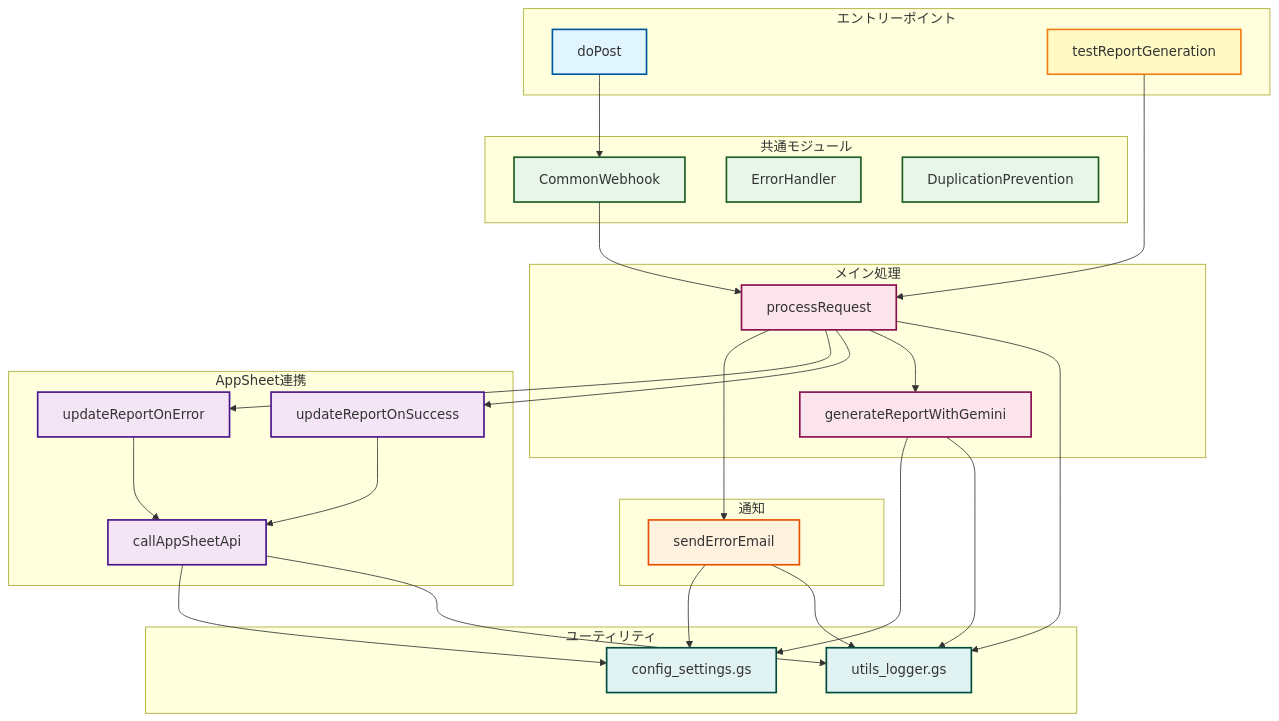
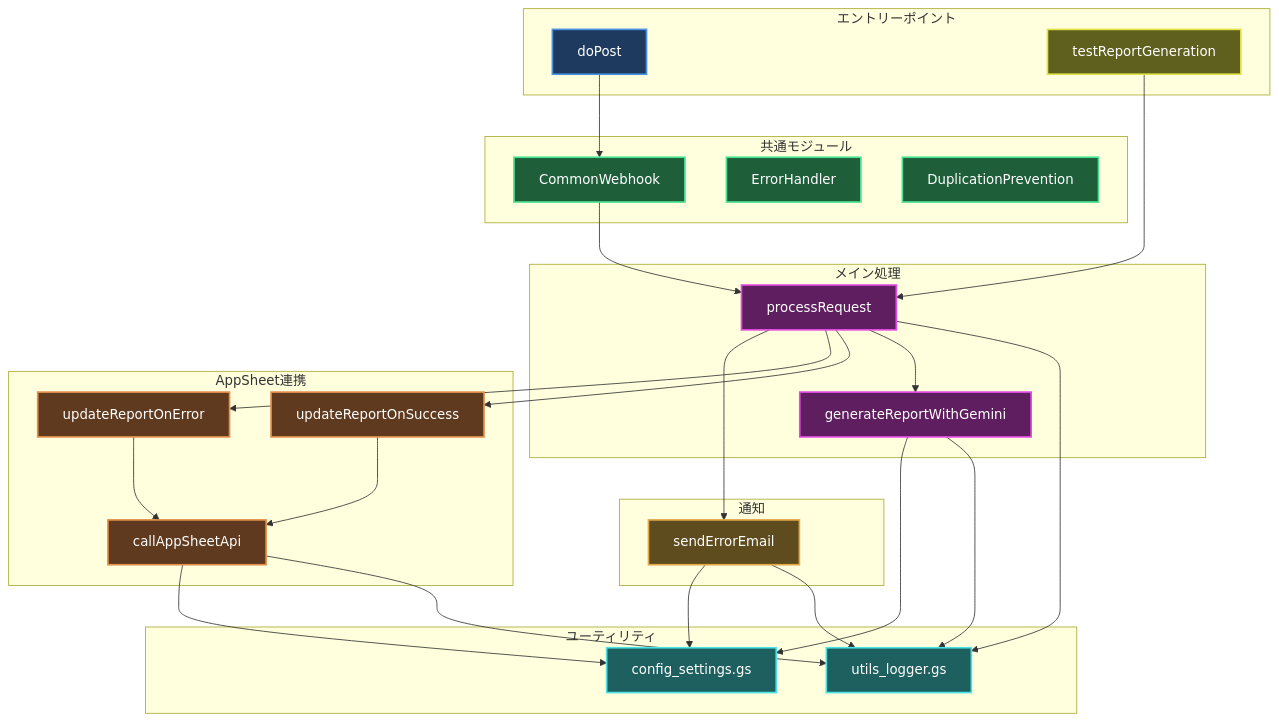
One commit to tasai-lab/appsheet-gas-automation changed the fifth of 5 diagrams in gas_projects/Appsheet_訪問看護_報告書/FLOW.md. Above: the diagram before and after it, drawn with Mermaid. The commit also changed other lines of this file and 13 other files, not shown here.

````diff
--- a/gas_projects/Appsheet_訪問看護_報告書/FLOW.md
+++ b/gas_projects/Appsheet_訪問看護_報告書/FLOW.md
@@ -124,63 +124,63 @@
 ```mermaid
 graph TB
     subgraph "エントリーポイント"
         doPost[doPost]:::webhook
         testFunc[testReportGeneration]:::test
     end
 
     subgraph "共通モジュール"
         CommonWebhook[CommonWebhook]:::common
         ErrorHandler[ErrorHandler]:::common
         DuplicationPrevention[DuplicationPrevention]:::common
     end
 
     subgraph "メイン処理"
         processRequest[processRequest]:::main
         generateReport[generateReportWithGemini]:::main
     end
 
     subgraph "AppSheet連携"
         updateSuccess[updateReportOnSuccess]:::appsheet
         updateError[updateReportOnError]:::appsheet
         callAPI[callAppSheetApi]:::appsheet
     end
 
     subgraph "ユーティリティ"
         logger[utils_logger.gs]:::util
         config[config_settings.gs]:::util
     end
 
     subgraph "通知"
         sendMail[sendErrorEmail]:::mail
     end
 
     doPost --> CommonWebhook
     CommonWebhook --> processRequest
     testFunc --> processRequest
 
     processRequest --> logger
     processRequest --> generateReport
     processRequest --> updateSuccess
     processRequest --> updateError
     processRequest --> sendMail
 
     generateReport --> logger
     generateReport --> config
 
     updateSuccess --> callAPI
     updateError --> callAPI
 
     callAPI --> logger
     callAPI --> config
 
     sendMail --> logger
     sendMail --> config
 
-    classDef webhook fill:#e1f5ff,stroke:#01579b,stroke-width:2px
-    classDef test fill:#fff9c4,stroke:#f57f17,stroke-width:2px
-    classDef common fill:#e8f5e9,stroke:#1b5e20,stroke-width:2px
-    classDef main fill:#fce4ec,stroke:#880e4f,stroke-width:2px
-    classDef appsheet fill:#f3e5f5,stroke:#4a148c,stroke-width:2px
-    classDef util fill:#e0f2f1,stroke:#004d40,stroke-width:2px
-    classDef mail fill:#fff3e0,stroke:#e65100,stroke-width:2px
+    classDef webhook fill:#1e3a5f,stroke:#4a90e2,stroke-width:2px,color:#fff
+    classDef test fill:#5f5f1e,stroke:#e2e24a,stroke-width:2px,color:#fff
+    classDef common fill:#1e5f3a,stroke:#4ae290,stroke-width:2px,color:#fff
+    classDef main fill:#5f1e5f,stroke:#e24ae2,stroke-width:2px,color:#fff
+    classDef appsheet fill:#5f3a1e,stroke:#e2904a,stroke-width:2px,color:#fff
+    classDef util fill:#1e5f5f,stroke:#4ae2e2,stroke-width:2px,color:#fff
+    classDef mail fill:#5f4c1e,stroke:#e2a84a,stroke-width:2px,color:#fff
 ```
````
